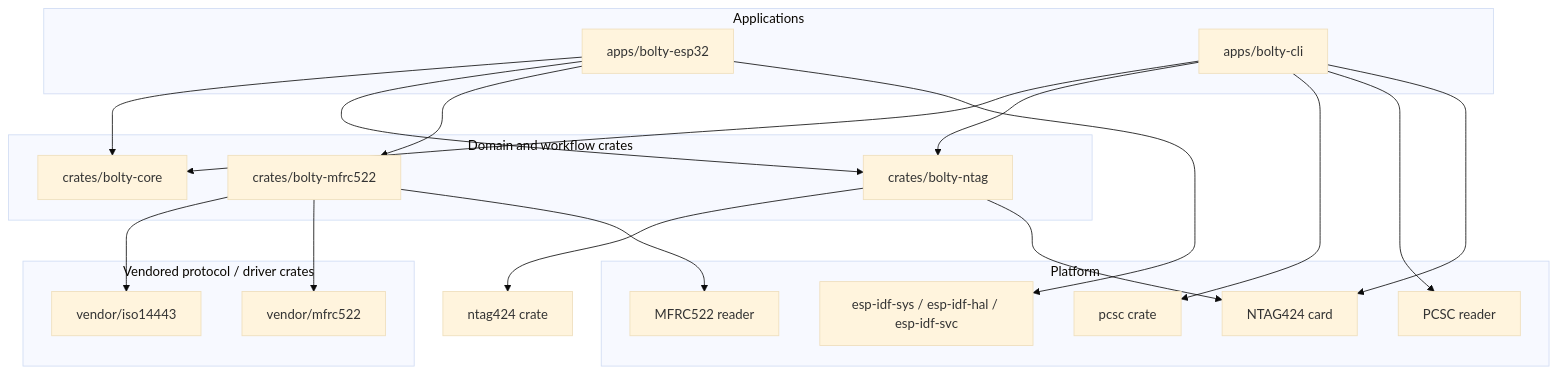
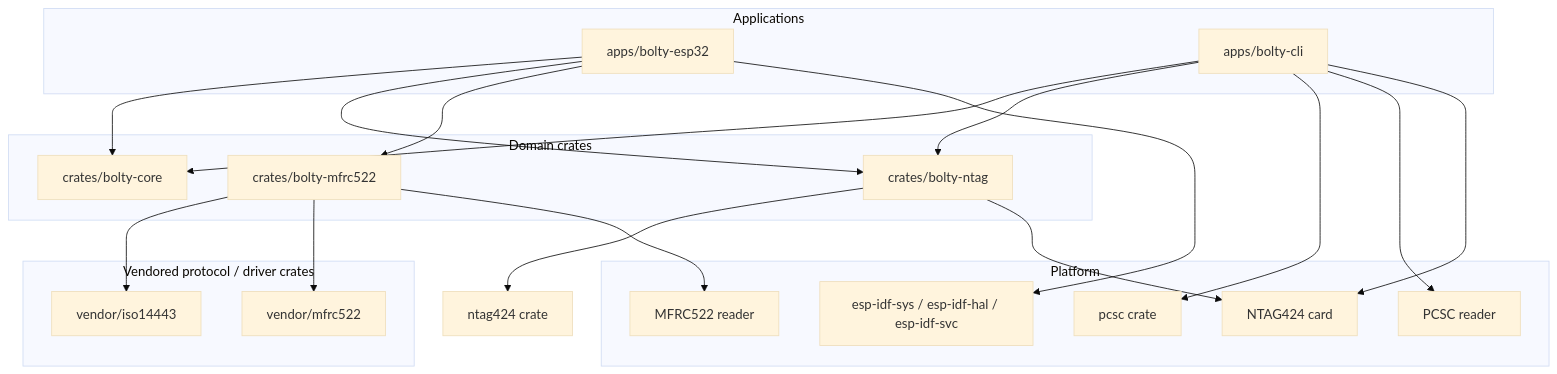
One commit to Amperstrand/bolty-rs changed the first of 2 diagrams in docs/architecture.md. Above: the diagram before and after it, drawn with Mermaid (base theme). The commit also changed other lines of this file and 3 other files, not shown here.

First line of the commit message:
docs: update architecture docs for Phase 1-2 refactoring

````diff
--- a/docs/architecture.md
+++ b/docs/architecture.md
@@ -7,41 +7,41 @@
 ```mermaid
 flowchart TD
     subgraph apps[Applications]
         fw[apps/bolty-esp32]
         cli[apps/bolty-cli]
     end
 
-    subgraph domain[Domain and workflow crates]
+    subgraph domain[Domain crates]
         core[crates/bolty-core]
         ntag[crates/bolty-ntag]
         mfrc[crates/bolty-mfrc522]
     end
 
     subgraph vendor[Vendored protocol / driver crates]
         iso[vendor/iso14443]
         raw[vendor/mfrc522]
     end
 
     subgraph platform[Platform]
         idf[esp-idf-sys / esp-idf-hal / esp-idf-svc]
         pcsc[pcsc crate]
         card[NTAG424 card]
         reader[MFRC522 reader]
         creader[PCSC reader]
     end
 
     fw --> core
     fw --> ntag
     fw --> mfrc
     fw --> idf
     cli --> core
     cli --> ntag
     cli --> pcsc
     ntag --> ntag424[ntag424 crate]
     mfrc --> iso
     mfrc --> raw
     ntag --> card
     mfrc --> reader
     cli --> creader
     cli --> card
 ```
````
